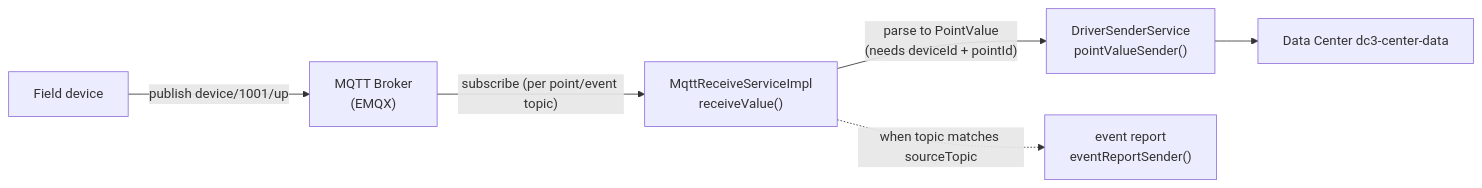
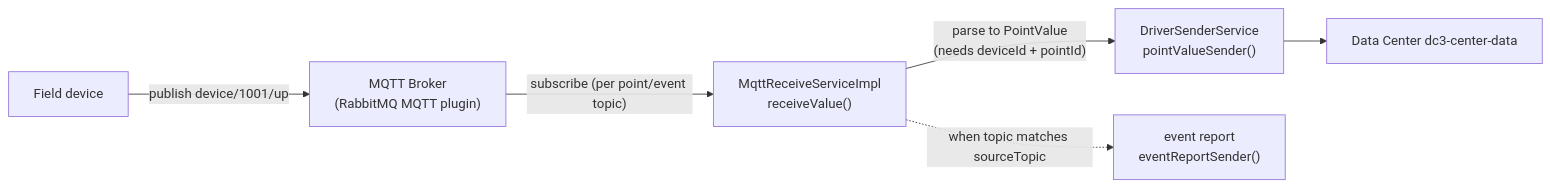
Before and after one commit to pnoker/iot-dc3: the diagram in docs/en/drivers/mqtt.md, drawn with Mermaid. The commit also changed other lines of this file and 23 other files, not shown here.

````diff
--- a/docs/en/drivers/mqtt.md
+++ b/docs/en/drivers/mqtt.md
@@ -84,8 +84,8 @@
 ```mermaid
 flowchart LR
-  Dev["Field device"] -->|"publish device/1001/up"| Broker["MQTT Broker<br/>(EMQX)"]
+  Dev["Field device"] -->|"publish device/1001/up"| Broker["MQTT Broker<br/>(RabbitMQ MQTT plugin)"]
   Broker -->|"subscribe (per point/event topic)"| Recv["MqttReceiveServiceImpl<br/>receiveValue()"]
   Recv -->|"parse to PointValue<br/>(needs deviceId + pointId)"| Sender["DriverSenderService<br/>pointValueSender()"]
   Recv -.->|"when topic matches sourceTopic"| Event["event report<br/>eventReportSender()"]
   Sender --> Data["Data Center dc3-center-data"]
 ```
````
